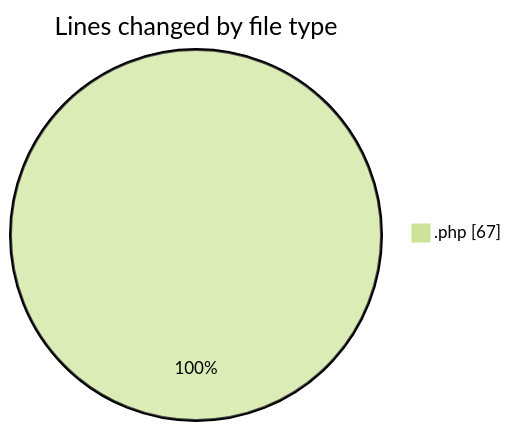
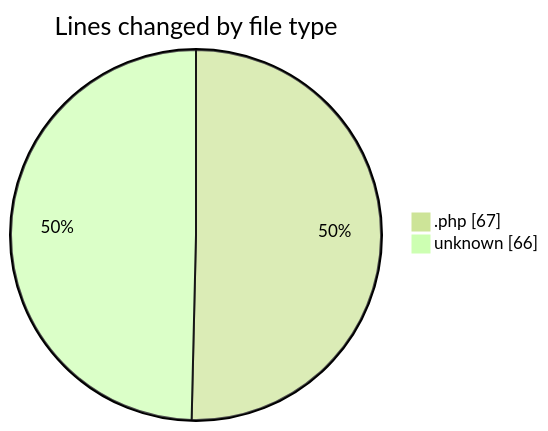
One commit to idhammustaqopulfikri/code-tracking changed the first of 2 diagrams in 2025-11-11/futsal-recommender/README.md. Above: the diagram before and after it, drawn with Mermaid (forest theme). The commit also changed other lines of this file and 1 other file, not shown here.

````diff
--- a/2025-11-11/futsal-recommender/README.md
+++ b/2025-11-11/futsal-recommender/README.md
@@ -21,5 +22,6 @@
 ```mermaid
 pie showData
 title Lines changed by file type
 ".php" : 67
+"unknown" : 66
 ```
````
